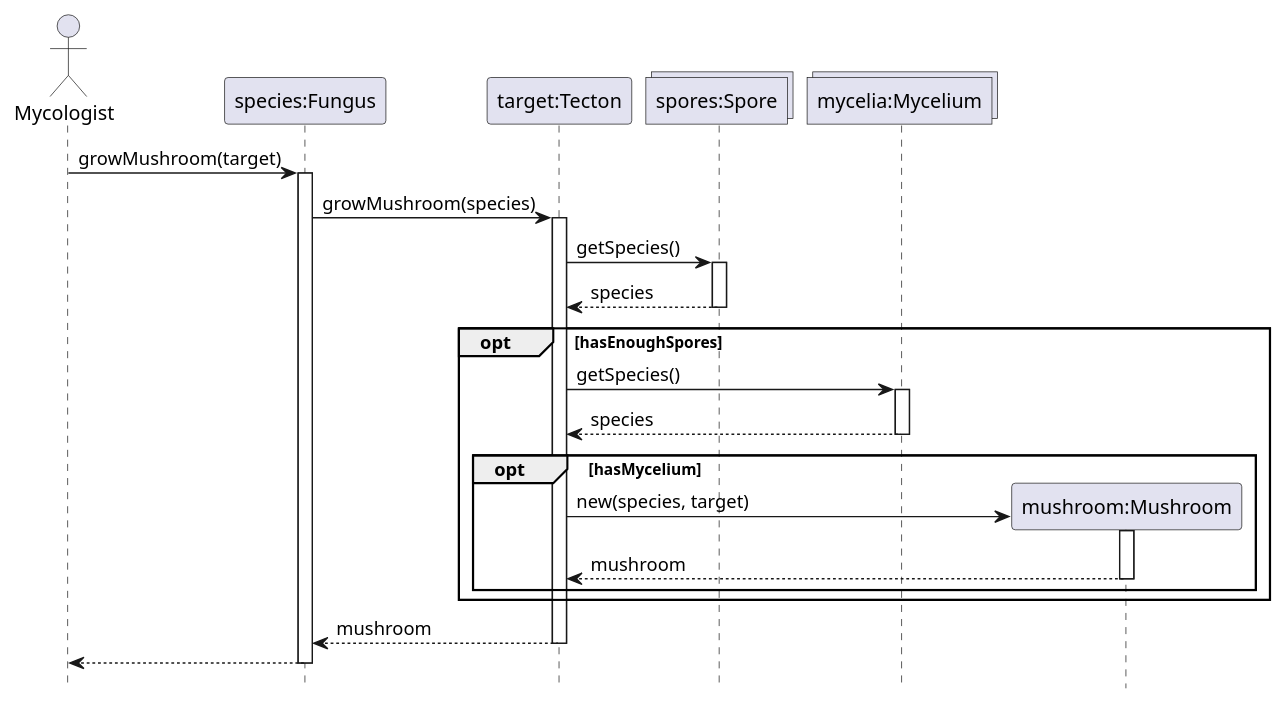
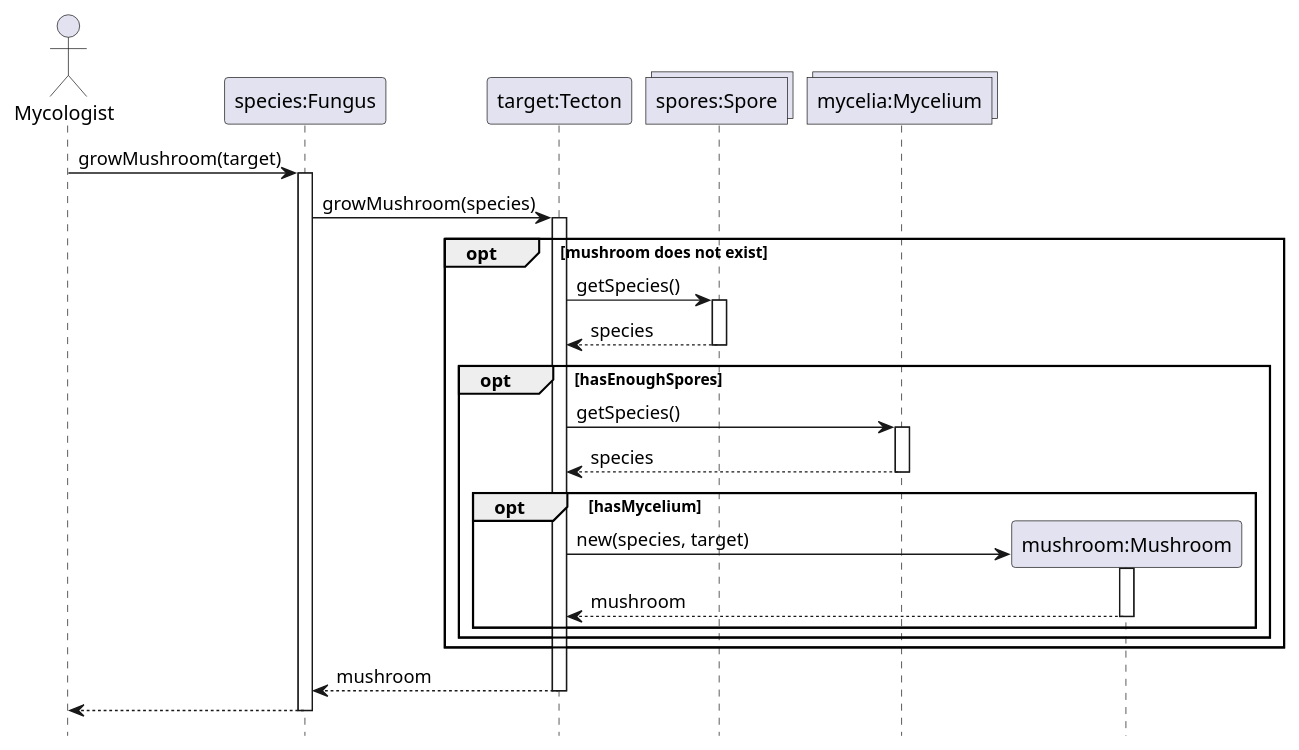
Before and after one commit to ZD4ve/projlab-error521: the diagram in Fungus/grow-mushroom.pu, drawn with PlantUML. The commit also changed 1 other file, not shown here.

```diff
--- a/Fungus/grow-mushroom.pu
+++ b/Fungus/grow-mushroom.pu
@@ -1,37 +1,38 @@
 @startuml Fungus/grow-mushroom
 hide footbox
 
 actor Mycologist
 participant "species:Fungus" as fungus
 participant "target:Tecton" as target
 collections "spores:Spore" as spore
 collections "mycelia:Mycelium" as mycelium
 participant "mushroom:Mushroom" as mushroom
 
 Mycologist -> fungus : growMushroom(target)
 activate fungus
 
 fungus -> target: growMushroom(species)
 activate target
 
-target -> spore : getSpecies()
-activate spore
-return species
+opt mushroom does not exist
+    target -> spore : getSpecies()
+    activate spore
+    return species
 
-opt hasEnoughSpores
-    target -> mycelium : getSpecies()
-    activate mycelium
-    return species
-    opt hasMycelium
-        create mushroom
-        target -> mushroom : new(species, target)
-        activate mushroom
-        return mushroom
+    opt hasEnoughSpores
+        target -> mycelium : getSpecies()
+        activate mycelium
+        return species
+        opt hasMycelium
+            create mushroom
+            target -> mushroom : new(species, target)
+            activate mushroom
+            return mushroom
+        end
     end
 end
-
 return mushroom
 
 return
 
 @enduml
```
